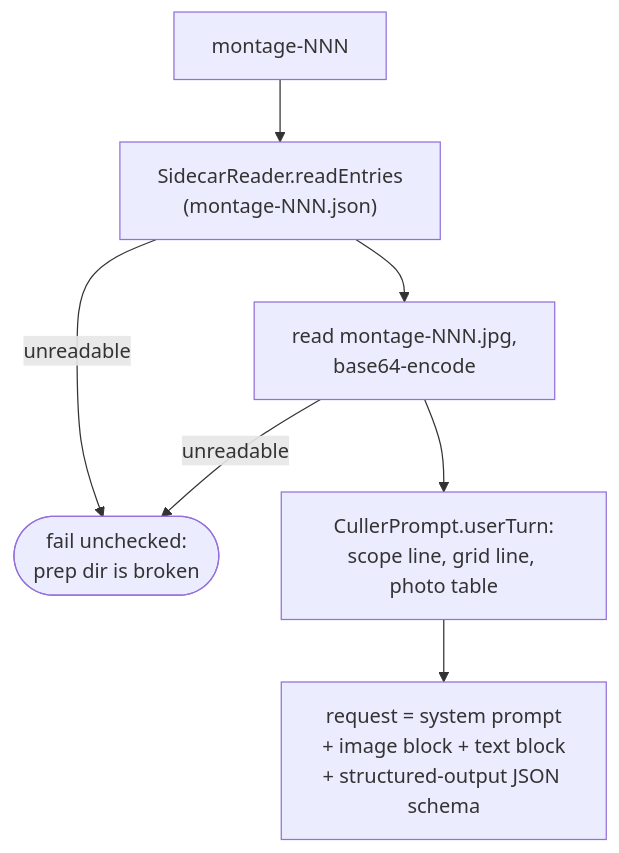
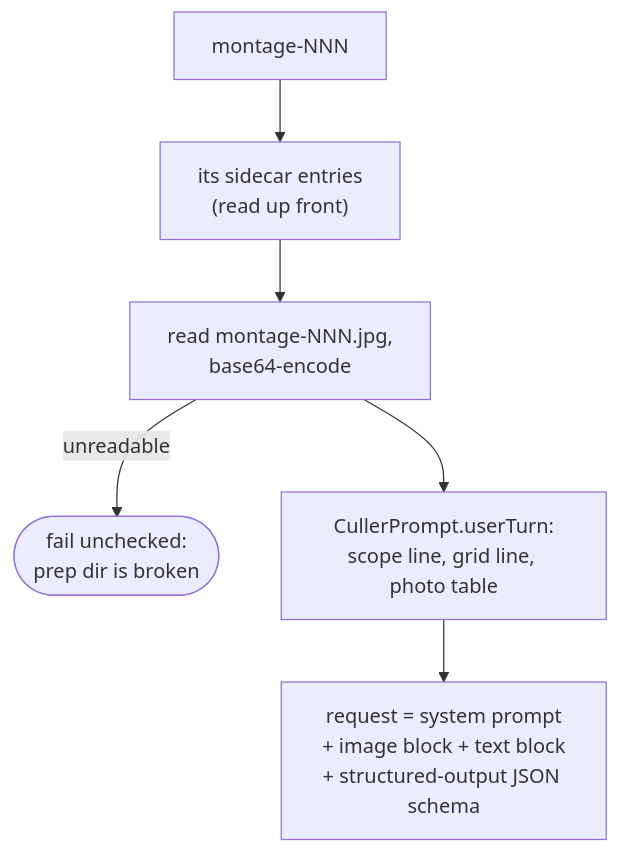
Before and after one commit to AdrianNachev91/sluice: the second of 3 diagrams in app/docs/design/adapter/vision/anthropic-culler.md, drawn with Mermaid. The commit also changed other lines of this file and 8 other files, not shown here.

````diff
--- a/app/docs/design/adapter/vision/anthropic-culler.md
+++ b/app/docs/design/adapter/vision/anthropic-culler.md
@@ -42,9 +43,8 @@
 ```mermaid
 flowchart TD
-    A["montage-NNN"] --> B["SidecarReader.readEntries<br/>(montage-NNN.json)"]
-    B -- unreadable --> X(["fail unchecked:<br/>prep dir is broken"])
+    A["montage-NNN"] --> B["its sidecar entries<br/>(read up front)"]
     B --> C["read montage-NNN.jpg,<br/>base64-encode"]
-    C -- unreadable --> X
+    C -- unreadable --> X(["fail unchecked:<br/>prep dir is broken"])
     C --> D["CullerPrompt.userTurn:<br/>scope line, grid line, photo table"]
     D --> E["request = system prompt<br/>+ image block + text block<br/>+ structured-output JSON schema"]
 ```
````
